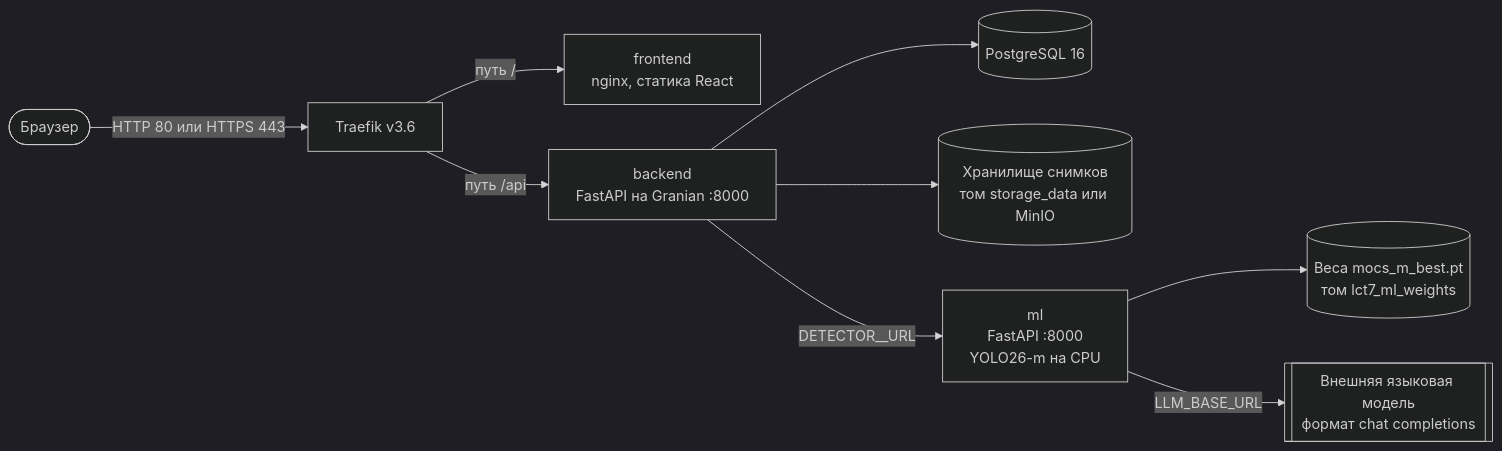
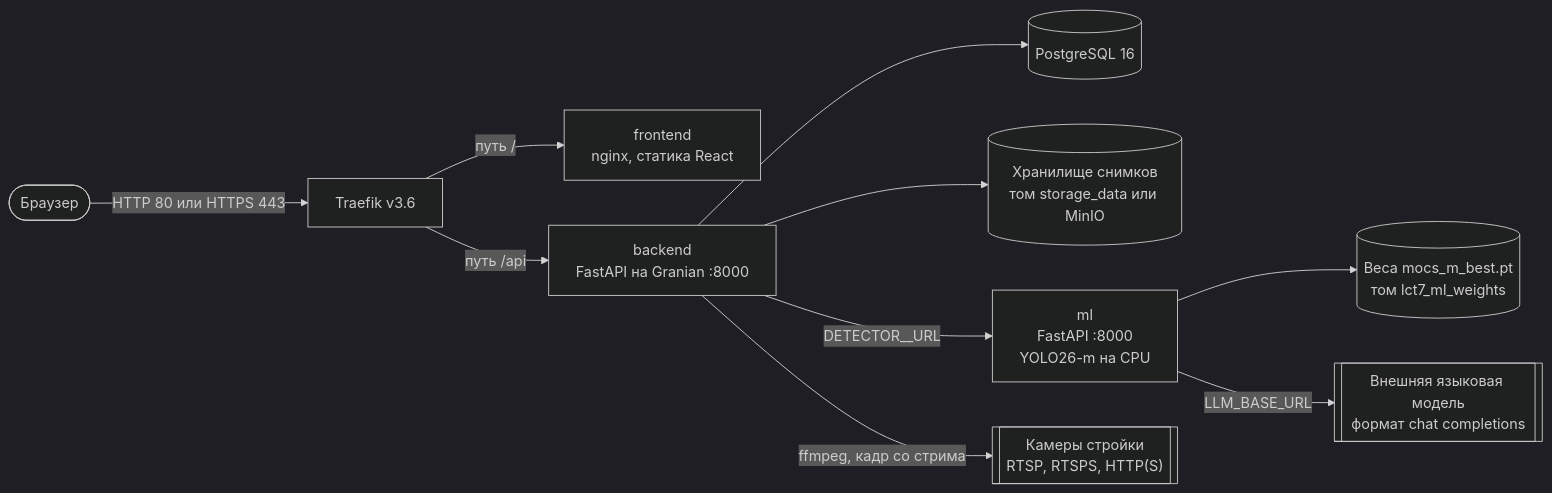
Before and after one commit to fadegor05/LCT-7: the first of 5 diagrams in documentation/architecture.md, drawn with Mermaid (dark theme). The commit also changed other lines of this file and 6 other files, not shown here.

````diff
--- a/documentation/architecture.md
+++ b/documentation/architecture.md
@@ -7,11 +7,12 @@
 ```mermaid
 flowchart LR
   user([Браузер]) -->|HTTP 80 или HTTPS 443| traefik[Traefik v3.6]
   traefik -->|"путь /"| frontend["frontend<br/>nginx, статика React"]
   traefik -->|"путь /api"| backend["backend<br/>FastAPI на Granian :8000"]
   backend --> pg[("PostgreSQL 16")]
   backend --> store[("Хранилище снимков<br/>том storage_data или MinIO")]
   backend -->|"DETECTOR__URL"| ml["ml<br/>FastAPI :8000<br/>YOLO26-m на CPU"]
+  backend -->|"ffmpeg, кадр со стрима"| cams[["Камеры стройки<br/>RTSP, RTSPS, HTTP(S)"]]
   ml --> weights[("Веса mocs_m_best.pt<br/>том lct7_ml_weights")]
   ml -->|"LLM_BASE_URL"| llm[["Внешняя языковая модель<br/>формат chat completions"]]
 ```
````
